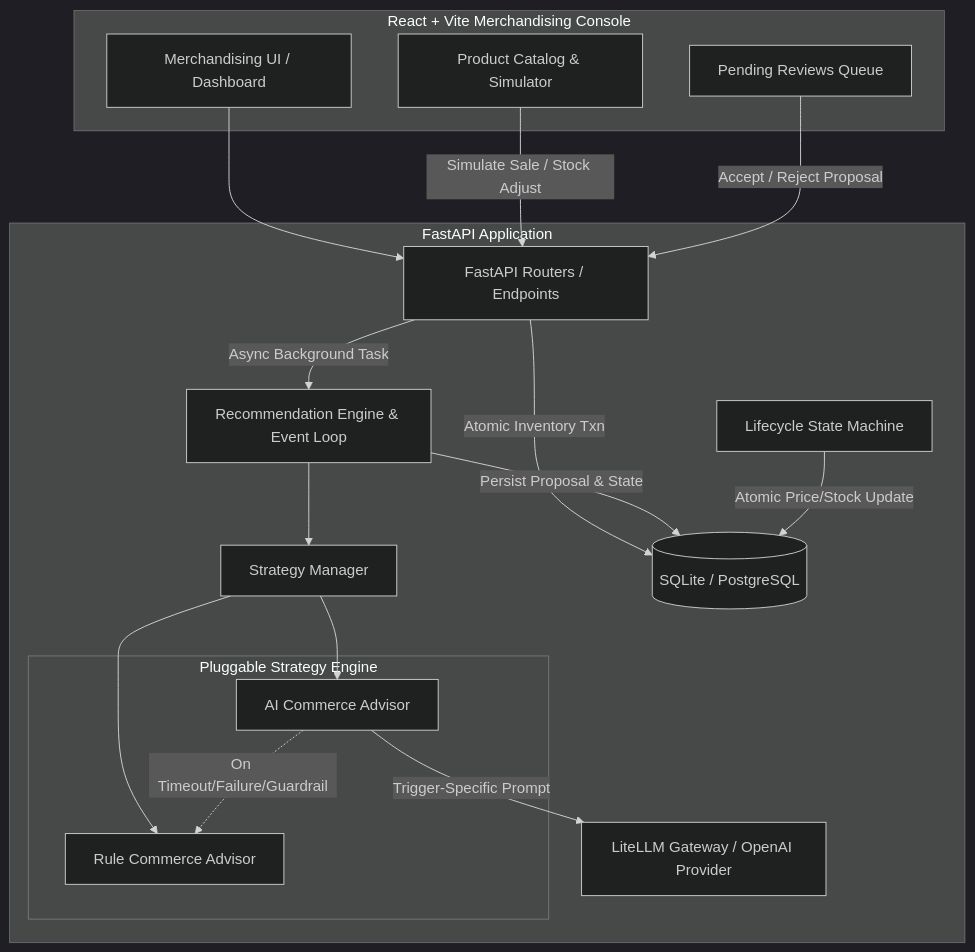
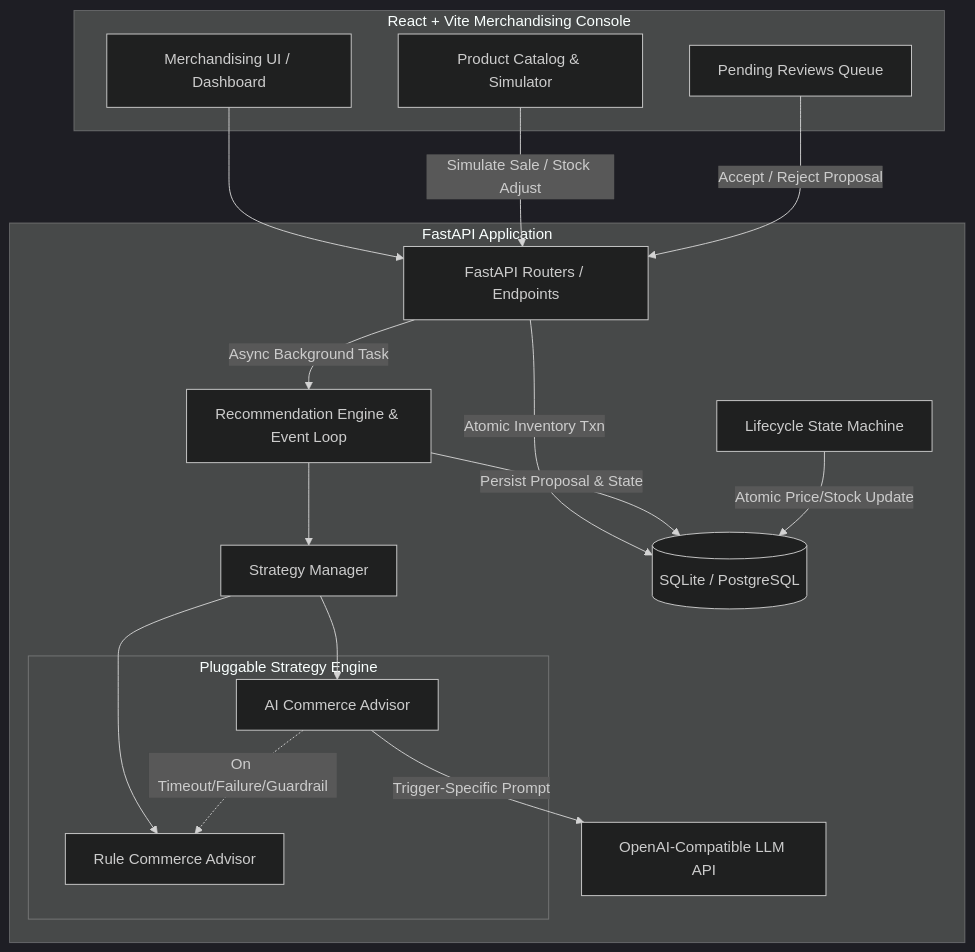
Before and after one commit to afrozAnsaari/StockPulse: the diagram in README.md, drawn with Mermaid (dark theme). The commit also changed other lines of this file and 8 other files, not shown here.

````diff
--- a/README.md
+++ b/README.md
@@ -14,36 +14,36 @@
 ```mermaid
 flowchart TB
     subgraph Frontend [React + Vite Merchandising Console]
         UI[Merchandising UI / Dashboard]
         Queue[Pending Reviews Queue]
         Catalog[Product Catalog & Simulator]
     end
 
     subgraph Backend [FastAPI Application]
         API[FastAPI Routers / Endpoints]
         Engine[Recommendation Engine & Event Loop]
         StateManager[Lifecycle State Machine]
         StrategyMgr[Strategy Manager]
         
         subgraph Strategies [Pluggable Strategy Engine]
             AIStrat[AI Commerce Advisor]
             RuleStrat[Rule Commerce Advisor]
         end
 
-        LLM[LiteLLM Gateway / OpenAI Provider]
+        LLM[OpenAI-Compatible LLM API]
         DB[(SQLite / PostgreSQL)]
     end
 
     UI --> API
     Catalog -->|Simulate Sale / Stock Adjust| API
     Queue -->|Accept / Reject Proposal| API
     API -->|Atomic Inventory Txn| DB
     API -->|Async Background Task| Engine
     Engine --> StrategyMgr
     StrategyMgr --> AIStrat
     StrategyMgr --> RuleStrat
     AIStrat -->|Trigger-Specific Prompt| LLM
     AIStrat -.->|On Timeout/Failure/Guardrail| RuleStrat
     Engine -->|Persist Proposal & State| DB
     StateManager -->|Atomic Price/Stock Update| DB
 ```
````
